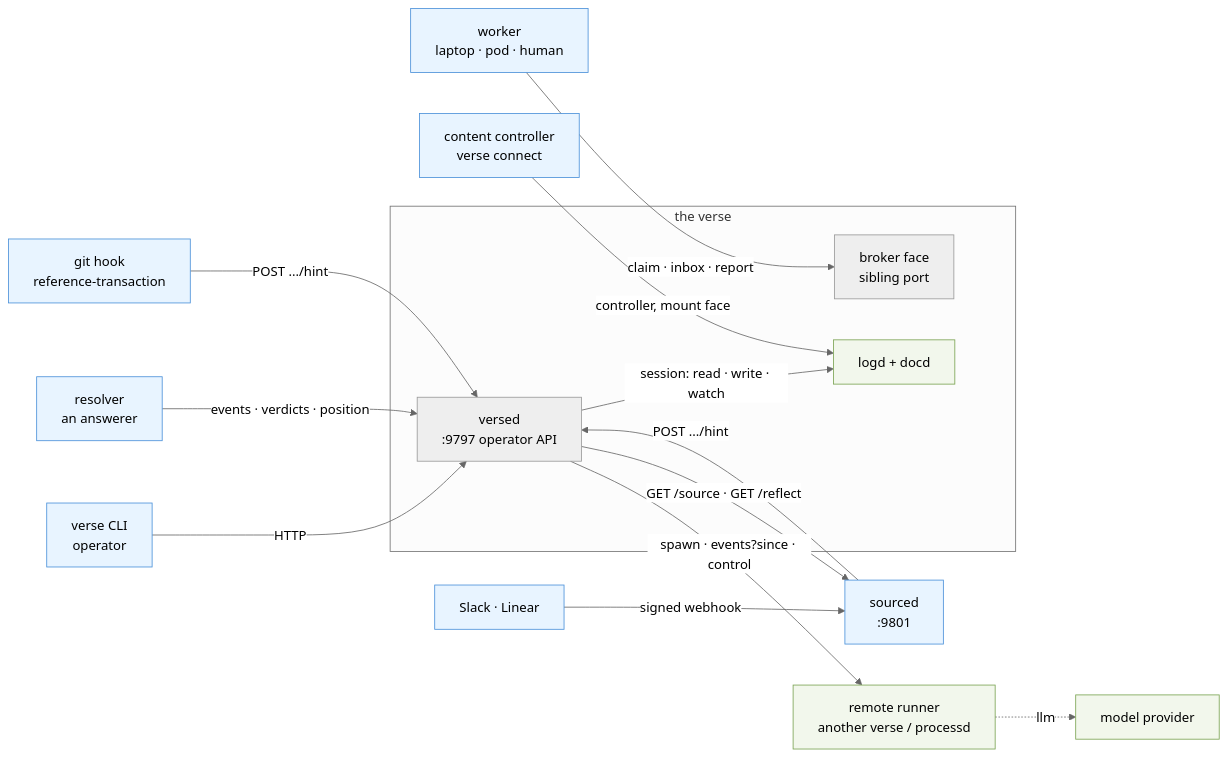
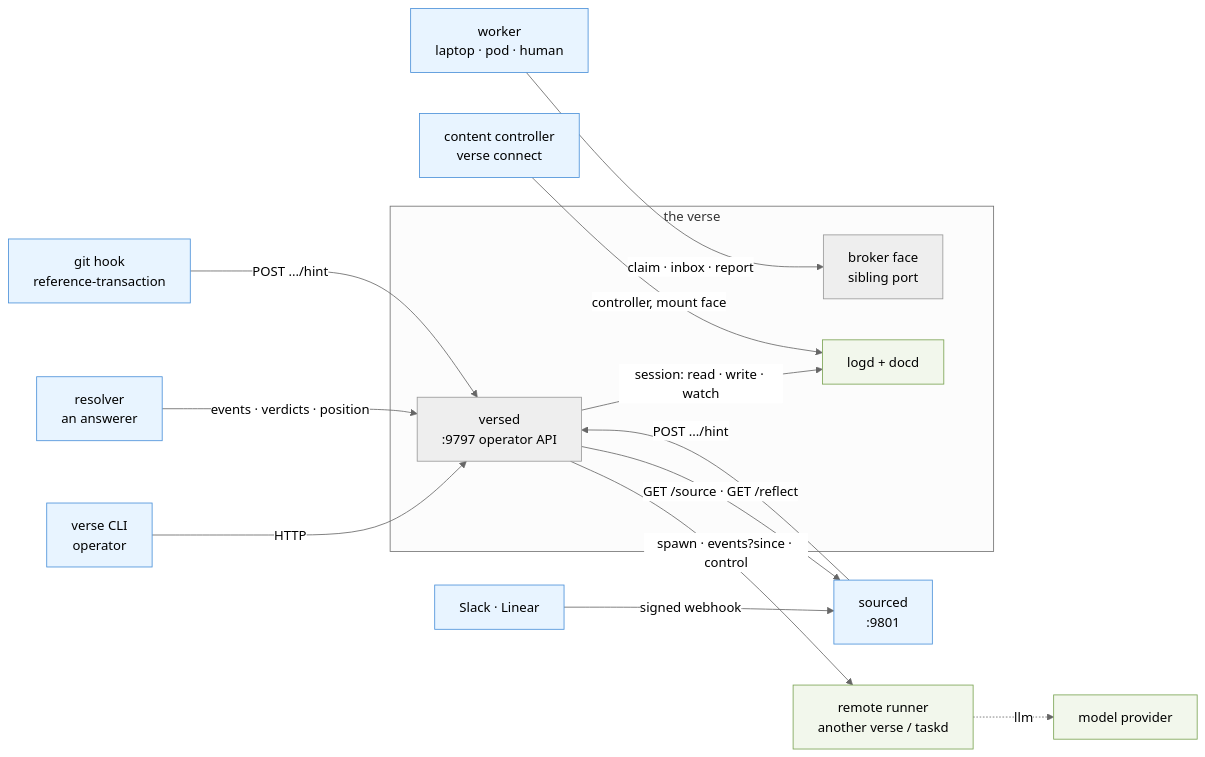
One commit to signadot/viff changed the first of 4 diagrams in docs/seams.md. Above: the diagram before and after it, drawn with Mermaid (neutral theme). The commit also changed other lines of this file and 308 other files, not shown here.

````diff
--- a/docs/seams.md
+++ b/docs/seams.md
@@ -50,37 +50,37 @@
 ```mermaid
 flowchart LR
   cli["verse CLI<br/>operator"]
   res["resolver<br/>an answerer"]
   worker["worker<br/>laptop · pod · human"]
   wh["Slack · Linear"]
   hook["git hook<br/>reference-transaction"]
 
   subgraph host["the verse"]
     versed["versed<br/>:9797 operator API"]
     bface["broker face<br/>sibling port"]
     docd["logd + docd"]
   end
 
-  remote["remote runner<br/>another verse / processd"]
+  remote["remote runner<br/>another verse / taskd"]
   src["sourced<br/>:9801"]
   ctl["content controller<br/>verse connect"]
   llm["model provider"]
 
   cli -->|"HTTP"| versed
   res -->|"events · verdicts · position"| versed
   wh -->|"signed webhook"| src
   hook -->|"POST .../hint"| versed
   worker -->|"claim · inbox · report"| bface
 
   versed -->|"session: read · write · watch"| docd
   versed -->|"spawn · events?since · control"| remote
   versed -->|"GET /source · GET /reflect"| src
   src -->|"POST .../hint"| versed
   ctl -->|"controller, mount face"| docd
   remote -.->|"llm"| llm
 
   classDef dialsIn fill:#e8f4ff,stroke:#4a90d9
   classDef dialsOut fill:#f2f7ec,stroke:#7aa352
   class cli,res,worker,wh,hook,src,ctl dialsIn
   class remote,llm,docd dialsOut
 ```
````
